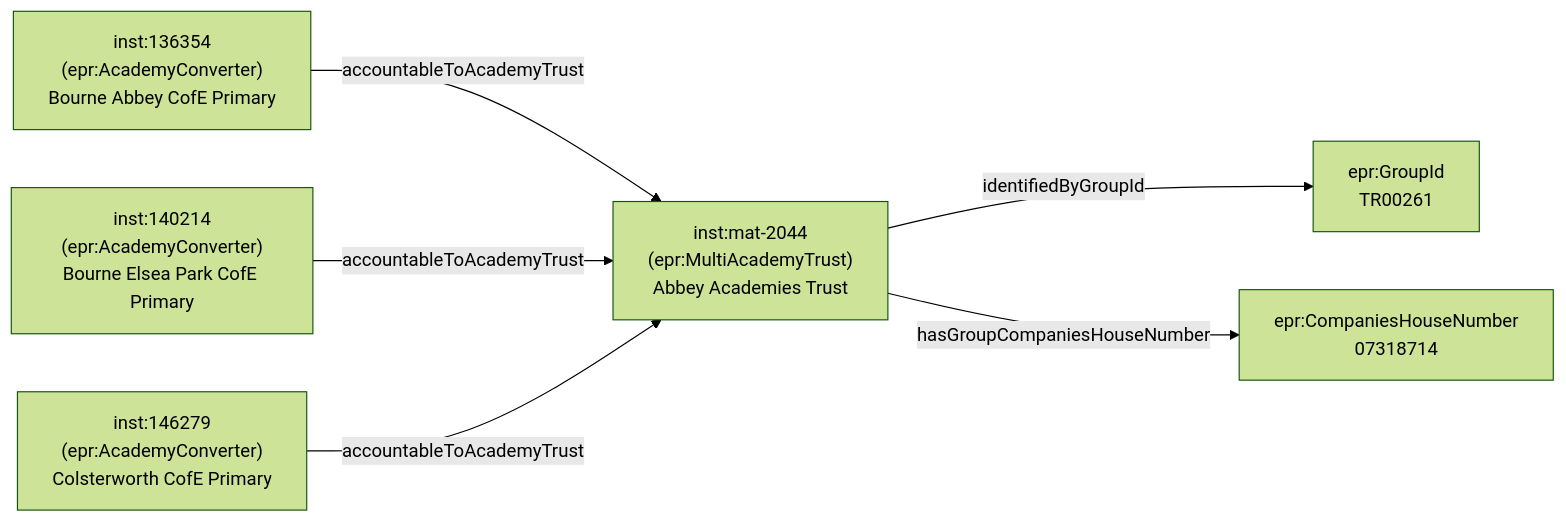
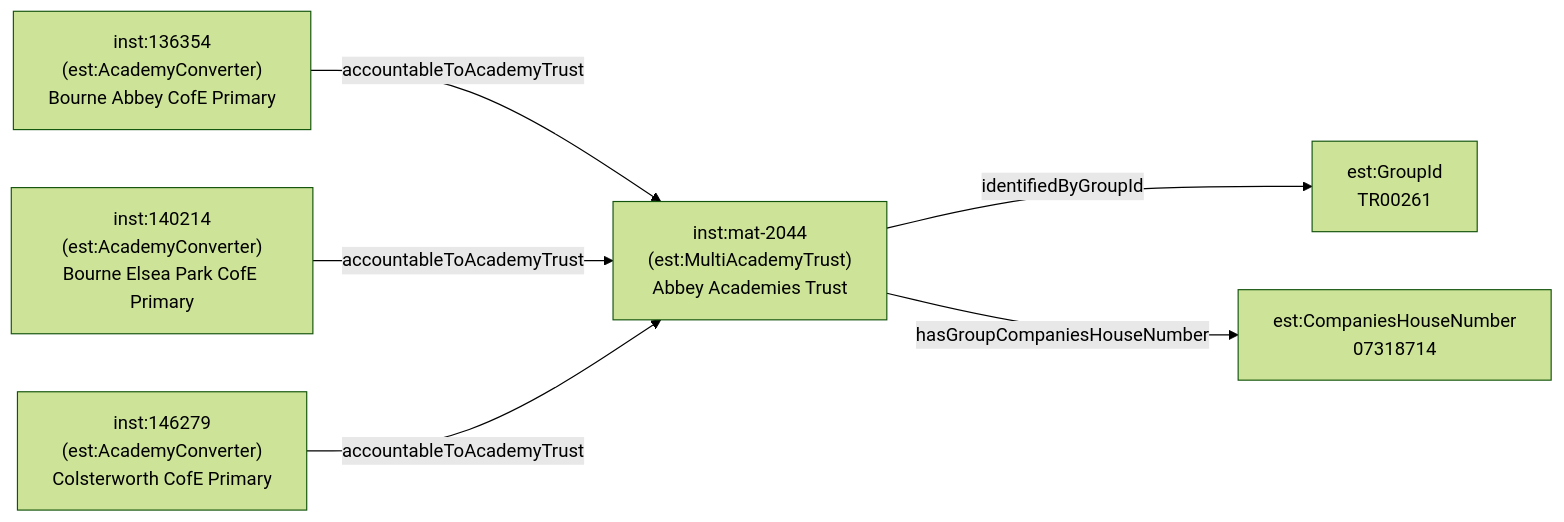
Before and after one commit to DFE-Digital/education-provider-registry-docs: the diagram in docs-site/content/models/establishment/examples/mat.md, drawn with Mermaid (forest theme). The commit also changed other lines of this file and 42 other files, not shown here.

````diff
--- a/docs-site/content/models/establishment/examples/mat.md
+++ b/docs-site/content/models/establishment/examples/mat.md
@@ -42,15 +42,15 @@
 ```mermaid
 graph LR
-    MAT["inst:mat-2044<br/>(epr:MultiAcademyTrust)<br/>Abbey Academies Trust"]
+    MAT["inst:mat-2044<br/>(est:MultiAcademyTrust)<br/>Abbey Academies Trust"]
 
-    A1["inst:136354<br/>(epr:AcademyConverter)<br/>Bourne Abbey CofE Primary"]
-    A2["inst:140214<br/>(epr:AcademyConverter)<br/>Bourne Elsea Park CofE Primary"]
-    A3["inst:146279<br/>(epr:AcademyConverter)<br/>Colsterworth CofE Primary"]
+    A1["inst:136354<br/>(est:AcademyConverter)<br/>Bourne Abbey CofE Primary"]
+    A2["inst:140214<br/>(est:AcademyConverter)<br/>Bourne Elsea Park CofE Primary"]
+    A3["inst:146279<br/>(est:AcademyConverter)<br/>Colsterworth CofE Primary"]
 
     A1 -->|accountableToAcademyTrust| MAT
     A2 -->|accountableToAcademyTrust| MAT
     A3 -->|accountableToAcademyTrust| MAT
 
-    MAT -->|identifiedByGroupId| GID["epr:GroupId<br/>TR00261"]
-    MAT -->|hasGroupCompaniesHouseNumber| CH["epr:CompaniesHouseNumber<br/>07318714"]
+    MAT -->|identifiedByGroupId| GID["est:GroupId<br/>TR00261"]
+    MAT -->|hasGroupCompaniesHouseNumber| CH["est:CompaniesHouseNumber<br/>07318714"]
 ```
````
